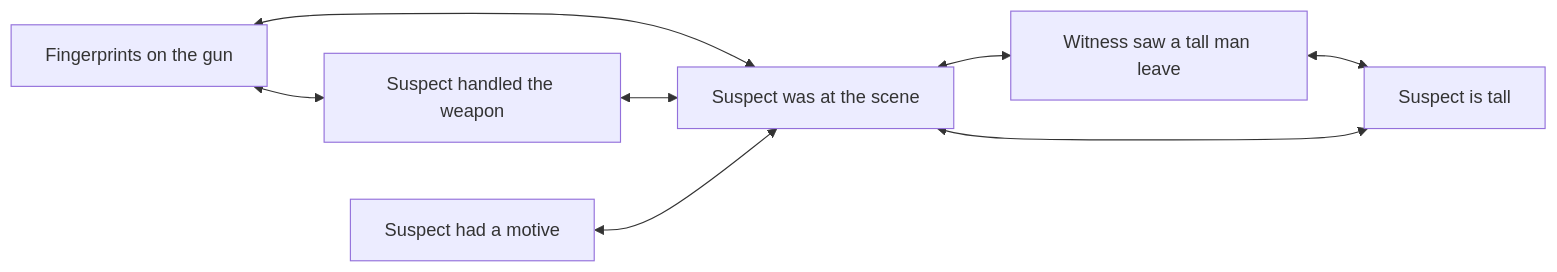
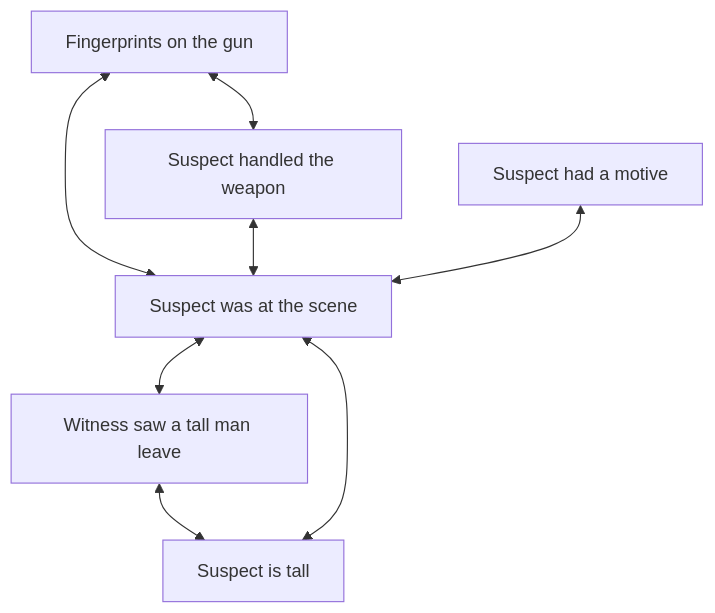
One commit to Rhadadi/epis changed the second of 2 diagrams in guide/06-justification.md. Above: the diagram before and after it, drawn with Mermaid. The commit also changed 284 other files, not shown here.

````diff
--- a/guide/06-justification.md
+++ b/guide/06-justification.md
@@ -196,10 +196,10 @@
 ```mermaid
-flowchart LR
+flowchart TD
     A["Fingerprints on the gun"] <--> B["Suspect was at the scene"]
     B <--> C["Witness saw a tall man leave"]
     C <--> D["Suspect is tall"]
     D <--> B
     A <--> E["Suspect handled the weapon"]
     E <--> B
     F["Suspect had a motive"] <--> B
 ```
````
